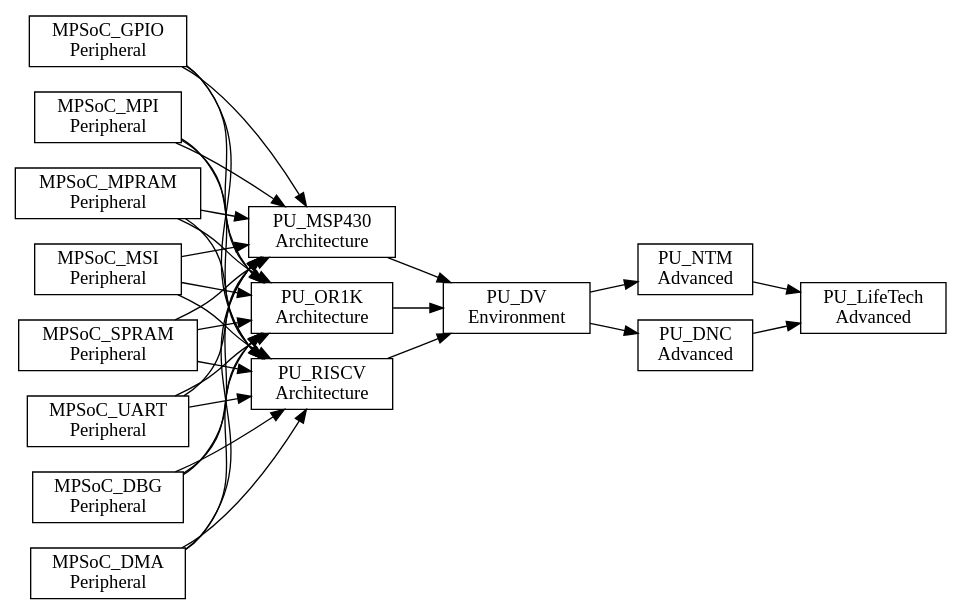
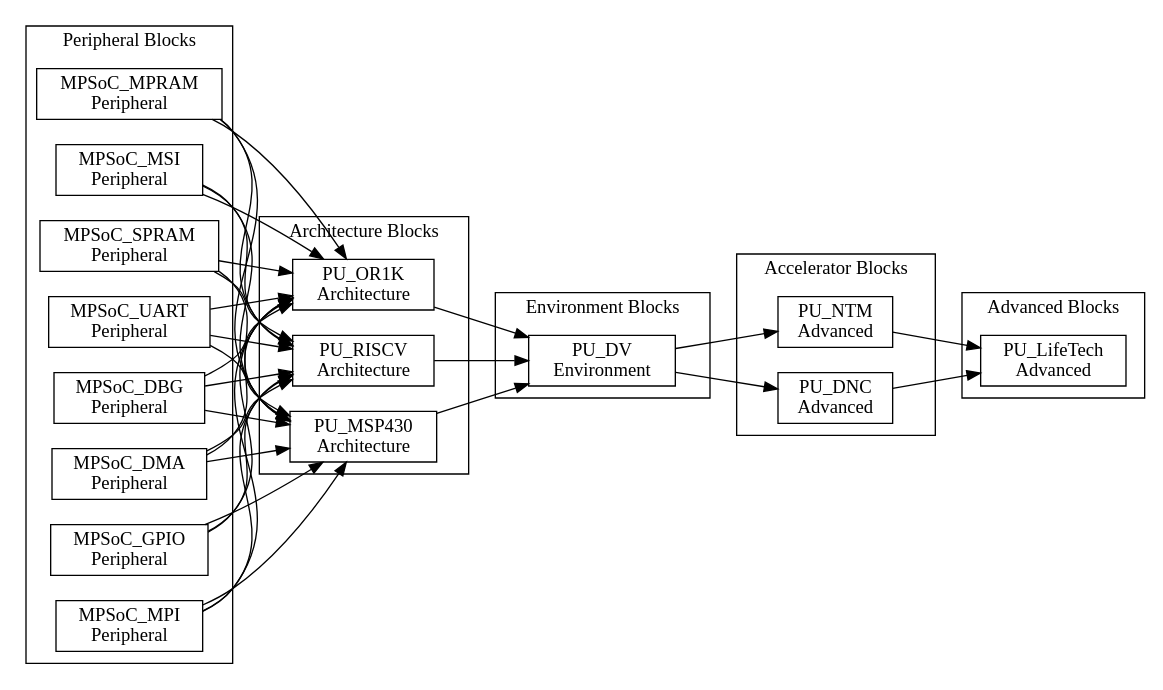
The diagram in doc/book/assets/chapter4/dependences-pu-lifetech.dot (PacoReinaCampo/SoC-RTOS), drawn with Graphviz before and after one commit. The commit also changed 1048 other files, not shown here.

```diff
--- a/doc/book/assets/chapter4/dependences-pu-lifetech.dot
+++ b/doc/book/assets/chapter4/dependences-pu-lifetech.dot
@@ -1,70 +1,80 @@
 digraph Project {
   // Introduction
   graph [rankdir = LR];
   node[shape=record];
 
   // Peripheral Blocks
-  MPSoC_DBG[label="MPSoC_DBG \nPeripheral"];
-  MPSoC_DMA[label="MPSoC_DMA \nPeripheral"];
-  MPSoC_GPIO[label="MPSoC_GPIO \nPeripheral"];
-  MPSoC_MPI[label="MPSoC_MPI \nPeripheral"];
-  MPSoC_MPRAM[label="MPSoC_MPRAM \nPeripheral"];
-  MPSoC_MSI[label="MPSoC_MSI \nPeripheral"];
-  MPSoC_SPRAM[label="MPSoC_SPRAM \nPeripheral"];
-  MPSoC_UART[label="MPSoC_UART \nPeripheral"];
+  subgraph "cluster PeripheralBlocks" { label = "Peripheral Blocks";
+    MPSoC_DBG[label="MPSoC_DBG \nPeripheral"];
+    MPSoC_DMA[label="MPSoC_DMA \nPeripheral"];
+    MPSoC_GPIO[label="MPSoC_GPIO \nPeripheral"];
+    MPSoC_MPI[label="MPSoC_MPI \nPeripheral"];
+    MPSoC_MPRAM[label="MPSoC_MPRAM \nPeripheral"];
+    MPSoC_MSI[label="MPSoC_MSI \nPeripheral"];
+    MPSoC_SPRAM[label="MPSoC_SPRAM \nPeripheral"];
+    MPSoC_UART[label="MPSoC_UART \nPeripheral"];
+  }
 
   // Architecture Blocks
-  PU_MSP430[label="PU_MSP430 \nArchitecture"];
-  PU_OR1K[label="PU_OR1K \nArchitecture"];
-  PU_RISCV[label="PU_RISCV \nArchitecture"];
+  subgraph "cluster ArchitectureBlocks" { label = "Architecture Blocks";
+    PU_MSP430[label="PU_MSP430 \nArchitecture"];
+    PU_OR1K[label="PU_OR1K \nArchitecture"];
+    PU_RISCV[label="PU_RISCV \nArchitecture"];
+  }
 
   // Environment Blocks
-  PU_DV[label="PU_DV \nEnvironment"];
+  subgraph "cluster EnvironmentBlocks" { label = "Environment Blocks";
+    PU_DV[label="PU_DV \nEnvironment"];
+  }
 
   // Accelerator Blocks
-  PU_NTM[label="PU_NTM \nAdvanced"];
-  PU_DNC[label="PU_DNC \nAdvanced"];
+  subgraph "cluster AcceleratorBlocks" { label = "Accelerator Blocks";
+    PU_NTM[label="PU_NTM \nAdvanced"];
+    PU_DNC[label="PU_DNC \nAdvanced"];
+  }
 
   // Advanced Blocks
-  PU_LifeTech[label="PU_LifeTech \nAdvanced"];
+  subgraph "cluster AdvancedBlocks" { label = "Advanced Blocks";
+    PU_LifeTech[label="PU_LifeTech \nAdvanced"];
+  }
 
   MPSoC_DBG -> PU_MSP430;
   MPSoC_DMA -> PU_MSP430;
   MPSoC_GPIO -> PU_MSP430;
   MPSoC_MPI -> PU_MSP430;
   MPSoC_MPRAM -> PU_MSP430;
   MPSoC_MSI -> PU_MSP430;
   MPSoC_SPRAM -> PU_MSP430;
   MPSoC_UART -> PU_MSP430;
 
   MPSoC_DBG -> PU_OR1K;
   MPSoC_DMA -> PU_OR1K;
   MPSoC_GPIO -> PU_OR1K;
   MPSoC_MPI -> PU_OR1K;
   MPSoC_MPRAM -> PU_OR1K;
   MPSoC_MSI -> PU_OR1K;
   MPSoC_SPRAM -> PU_OR1K;
   MPSoC_UART -> PU_OR1K;
 
   MPSoC_DBG -> PU_RISCV;
   MPSoC_DMA -> PU_RISCV;
   MPSoC_GPIO -> PU_RISCV;
   MPSoC_MPI -> PU_RISCV;
   MPSoC_MPRAM -> PU_RISCV;
   MPSoC_MSI -> PU_RISCV;
   MPSoC_SPRAM -> PU_RISCV;
   MPSoC_UART -> PU_RISCV;
 
   // Architecture -> Environment
   PU_MSP430 -> PU_DV;
   PU_OR1K -> PU_DV;
   PU_RISCV -> PU_DV;
 
   // Environment -> Accelerator
   PU_DV -> PU_NTM;
   PU_DV -> PU_DNC;
 
   // Accelerator -> Advanced
   PU_NTM -> PU_LifeTech;
   PU_DNC -> PU_LifeTech;
 }
```
